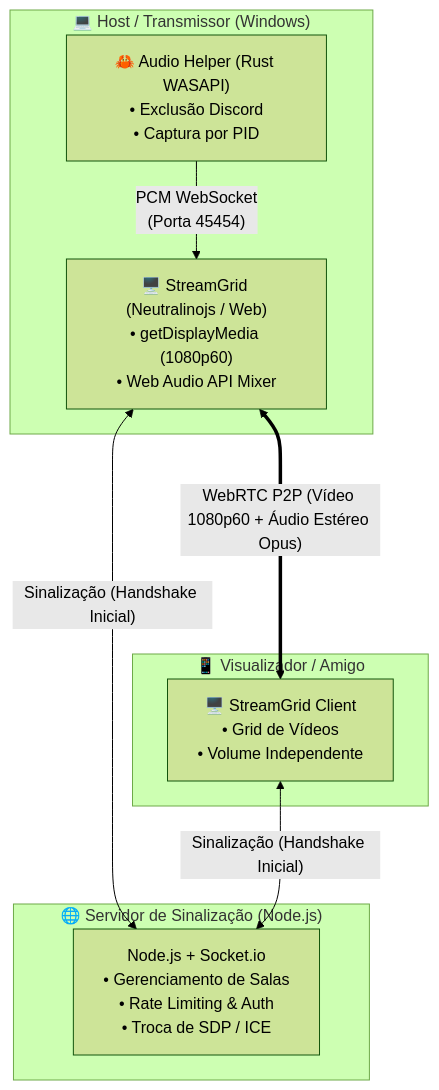
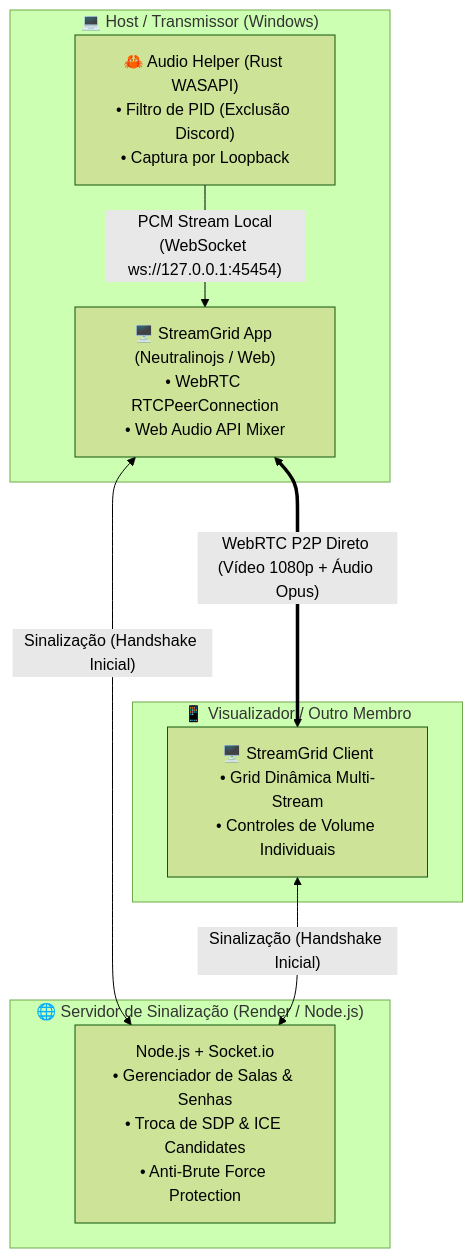
Before and after one commit to Pedrosasouza/screenshare-p2p: the diagram in README.md, drawn with Mermaid (forest theme). The commit also changed other lines of this file, not shown here.

Commit message:
docs: restructure README with recruiter-focused narrative, live demo, and web vs desktop audio caveat

````diff
--- a/README.md
+++ b/README.md
@@ -56,21 +82,21 @@
 ```mermaid
 flowchart TD
     subgraph Host["💻 Host / Transmissor (Windows)"]
-        WASAPI["🦀 Audio Helper (Rust WASAPI)\n• Exclusão Discord\n• Captura por PID"]
-        DesktopApp["🖥️ StreamGrid (Neutralinojs / Web)\n• getDisplayMedia (1080p60)\n• Web Audio API Mixer"]
-        WASAPI -- "PCM WebSocket\n(Porta 45454)" --> DesktopApp
+        WASAPI["🦀 Audio Helper (Rust WASAPI)\n• Filtro de PID (Exclusão Discord)\n• Captura por Loopback"]
+        DesktopApp["🖥️ StreamGrid App (Neutralinojs / Web)\n• WebRTC RTCPeerConnection\n• Web Audio API Mixer"]
+        WASAPI -- "PCM Stream Local\n(WebSocket ws://127.0.0.1:45454)" --> DesktopApp
     end
 
-    subgraph Signaling["🌐 Servidor de Sinalização (Node.js)"]
-        Server["Node.js + Socket.io\n• Gerenciamento de Salas\n• Rate Limiting & Auth\n• Troca de SDP / ICE"]
+    subgraph Signaling["🌐 Servidor de Sinalização (Render / Node.js)"]
+        Server["Node.js + Socket.io\n• Gerenciador de Salas & Senhas\n• Troca de SDP & ICE Candidates\n• Anti-Brute Force Protection"]
     end
 
-    subgraph Peer["📱 Visualizador / Amigo"]
-        PeerApp["🖥️ StreamGrid Client\n• Grid de Vídeos\n• Volume Independente"]
+    subgraph Peer["📱 Visualizador / Outro Membro"]
+        PeerApp["🖥️ StreamGrid Client\n• Grid Dinâmica Multi-Stream\n• Controles de Volume Individuais"]
     end
 
     DesktopApp <-->|"Sinalização (Handshake Inicial)"| Server
     PeerApp <-->|"Sinalização (Handshake Inicial)"| Server
 
-    DesktopApp <===>|"WebRTC P2P (Vídeo 1080p60 + Áudio Estéreo Opus)"| PeerApp
+    DesktopApp <===>|"WebRTC P2P Direto (Vídeo 1080p + Áudio Opus)"| PeerApp
 ```
````
